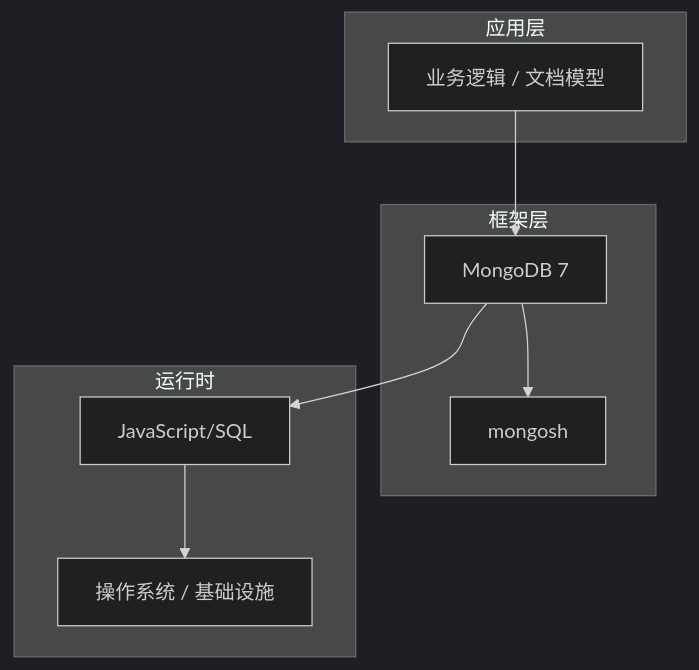
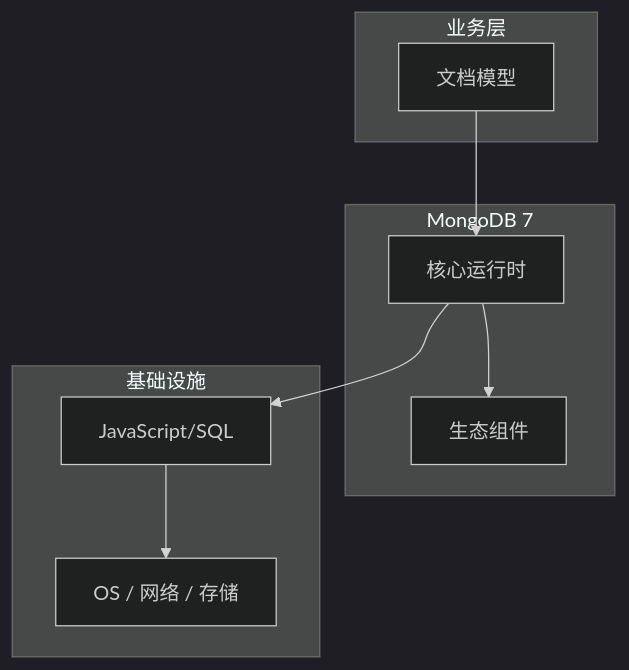
One commit to yanggan2015/knowledge-json-v2 changed the diagram in articles/MongoDB/chapters/008-文档模型核心概念与原理.md. Above: the diagram before and after it, drawn with Mermaid (dark theme). The commit also changed other lines of this file and 10127 other files, not shown here.

````diff
--- a/articles/MongoDB/chapters/008-文档模型核心概念与原理.md
+++ b/articles/MongoDB/chapters/008-文档模型核心概念与原理.md
@@ -45,18 +34,18 @@
 ```mermaid
 graph TB
-    subgraph 应用层
-        A[业务逻辑 / 文档模型]
+    subgraph 业务层
+        A[文档模型]
     end
-    subgraph 框架层
-        B[MongoDB 7]
-        C[mongosh]
+    subgraph MongoDB 7
+        B[核心运行时]
+        C[生态组件]
     end
-    subgraph 运行时
+    subgraph 基础设施
         D[JavaScript/SQL]
-        E[操作系统 / 基础设施]
+        E[OS / 网络 / 存储]
     end
     A --> B
     B --> C
     B --> D
     D --> E
 ```
````
